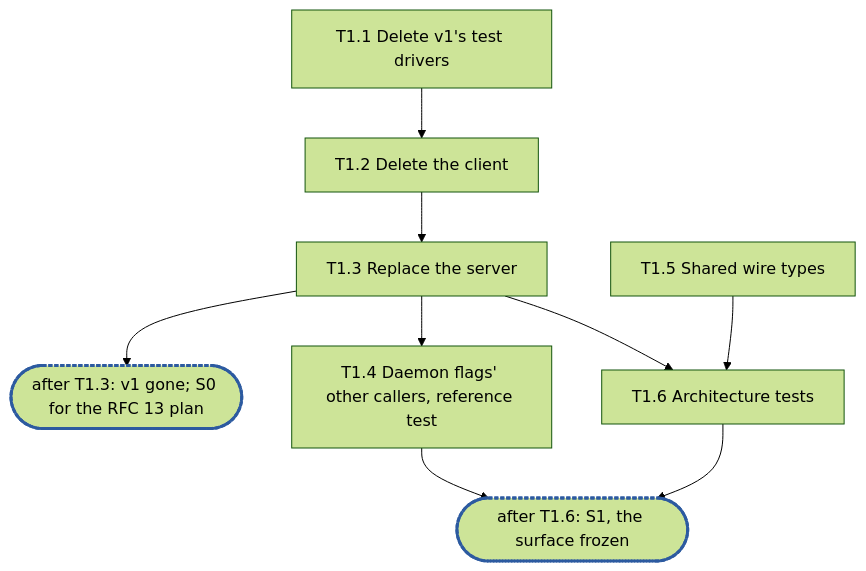
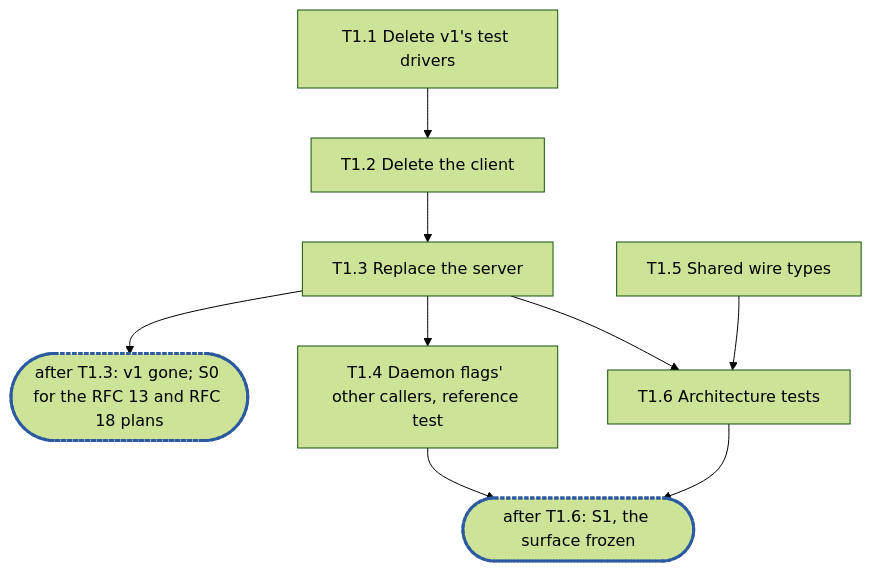
Before and after one commit to cubbit/dittofs: the diagram in docs/internals/planning/rfc-23-control-plane-epic1.md, drawn with Mermaid (forest theme). The commit also changed other lines of this file and 1 other file, not shown here.

Commit message:
docs(planning): fold rif's review of RFC 23 epic 1

````diff
--- a/docs/internals/planning/rfc-23-control-plane-epic1.md
+++ b/docs/internals/planning/rfc-23-control-plane-epic1.md
@@ -477,11 +485,11 @@
 ```mermaid
 flowchart TD
   T1_1["T1.1 Delete v1's test drivers"] --> T1_2["T1.2 Delete the client"]
   T1_2 --> T1_3["T1.3 Replace the server"]
-  T1_3 --> C1(["after T1.3: v1 gone; S0 for the RFC 13 plan"]):::sync
+  T1_3 --> C1(["after T1.3: v1 gone; S0 for the RFC 13 and RFC 18 plans"]):::sync
   T1_3 --> T1_4["T1.4 Daemon flags' other callers, reference test"]
   T1_5["T1.5 Shared wire types"]
   T1_3 & T1_5 --> T1_6["T1.6 Architecture tests"]
   T1_4 & T1_6 --> C2(["after T1.6: S1, the surface frozen"]):::sync
   classDef sync stroke:#2c5aa0,stroke-width:3px,stroke-dasharray:4 2
 ```
````
